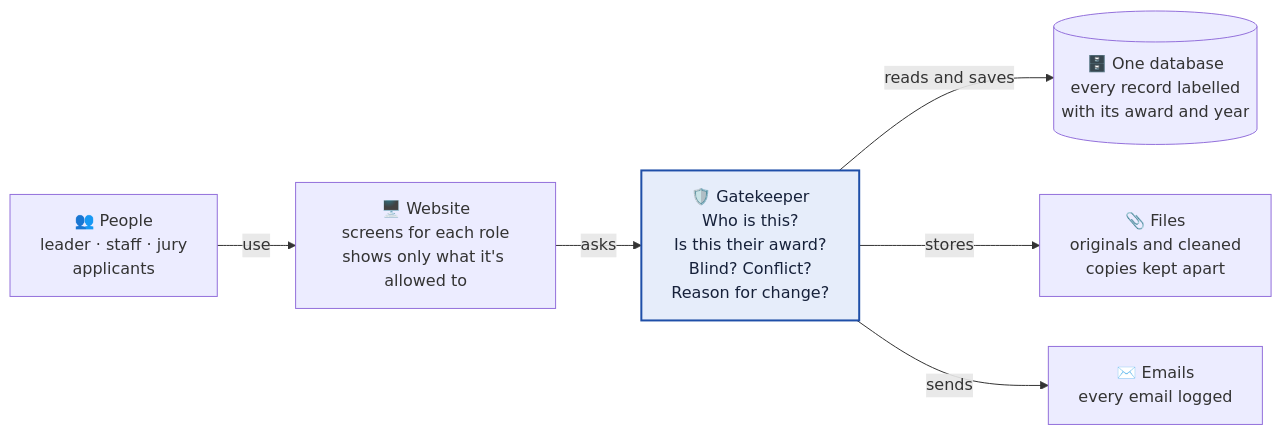
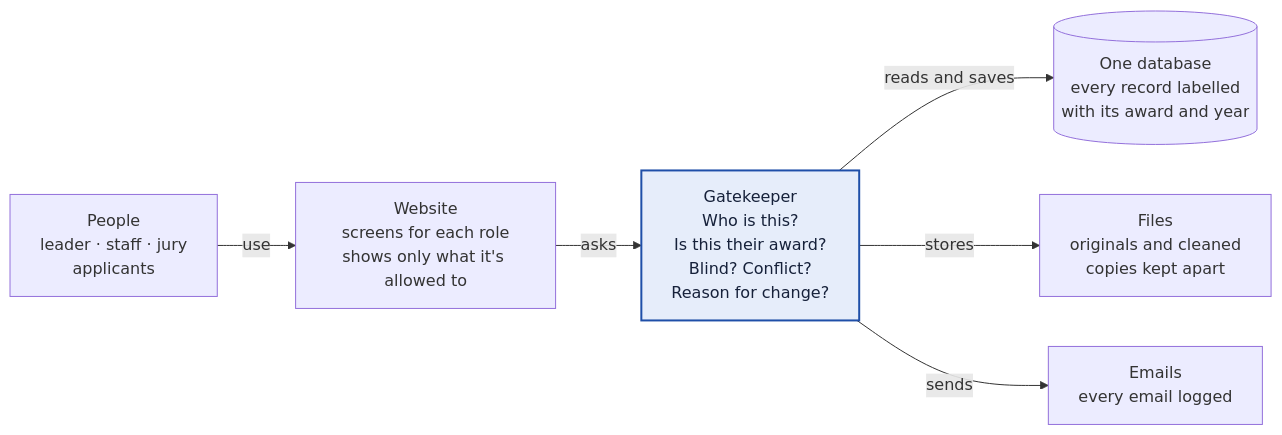
One commit to sumitdwivedi01/EigthyAwards changed the fifth of 5 diagrams in docs/overview/README.md. Above: the diagram before and after it, drawn with Mermaid. The commit also changed other lines of this file and 14 other files, not shown here.

````diff
--- a/docs/overview/README.md
+++ b/docs/overview/README.md
@@ -238,10 +238,10 @@
 ```mermaid
 flowchart LR
-    P["👥 People<br/>leader · staff · jury<br/>applicants"] -->|use| W["🖥️ Website<br/>screens for each role<br/>shows only what it's allowed to"]
-    W -->|asks| G["🛡️ Gatekeeper<br/>Who is this?<br/>Is this their award?<br/>Blind? Conflict?<br/>Reason for change?"]
-    G -->|reads and saves| D[("🗄️ One database<br/>every record labelled<br/>with its award and year")]
-    G -->|stores| F["📎 Files<br/>originals and cleaned<br/>copies kept apart"]
-    G -->|sends| E["✉️ Emails<br/>every email logged"]
+    P["People<br/>leader · staff · jury<br/>applicants"] -->|use| W["Website<br/>screens for each role<br/>shows only what it's allowed to"]
+    W -->|asks| G["Gatekeeper<br/>Who is this?<br/>Is this their award?<br/>Blind? Conflict?<br/>Reason for change?"]
+    G -->|reads and saves| D[("One database<br/>every record labelled<br/>with its award and year")]
+    G -->|stores| F["Files<br/>originals and cleaned<br/>copies kept apart"]
+    G -->|sends| E["Emails<br/>every email logged"]
     classDef gate fill:#E6EDFA,stroke:#1F4FA8,stroke-width:2px,color:#16213A
     class G gate
 ```
````
